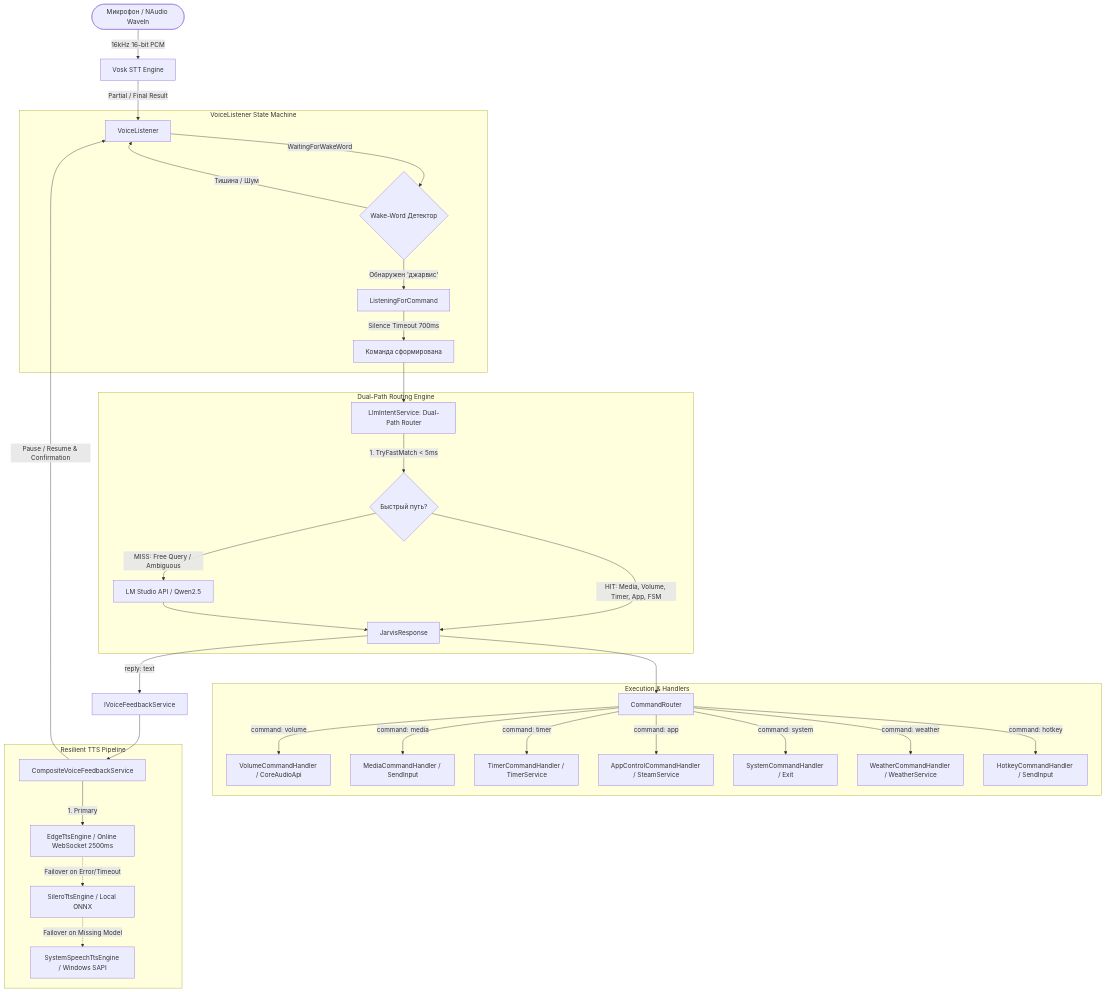
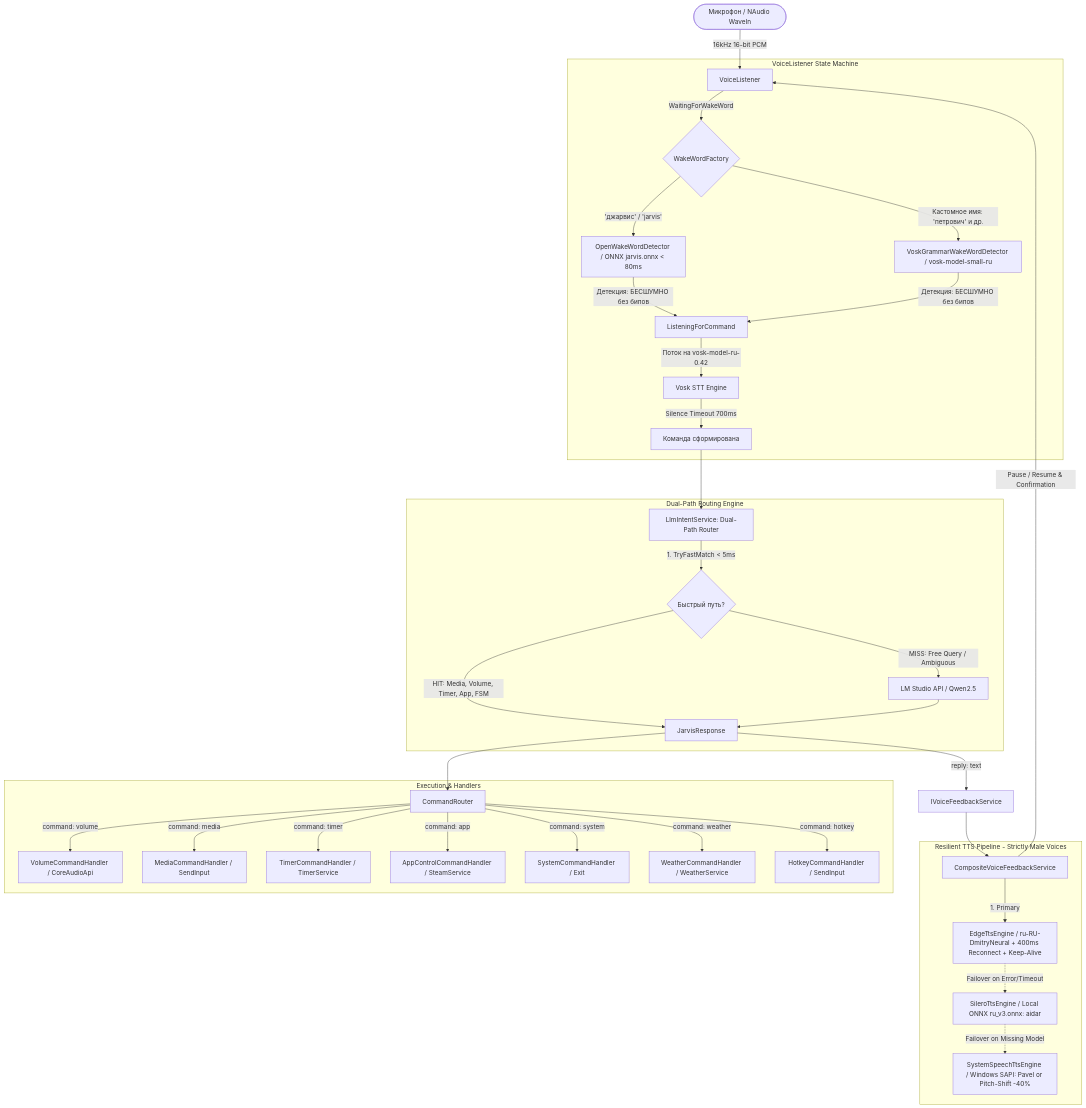
Before and after one commit to SamuRush/GemHelper: the first of 2 diagrams in ARCHITECTURE.md, drawn with Mermaid. The commit also changed other lines of this file and 14 other files, not shown here.

Commit message:
feat: implement adaptive wake-word, Silero ONNX auto-download and male-only TTS pipeline

````diff
--- a/ARCHITECTURE.md
+++ b/ARCHITECTURE.md
@@ -11,43 +11,46 @@
 ```mermaid
 flowchart TD
-    MIC([Микрофон / NAudio WaveIn]) -->|16kHz 16-bit PCM| VOSK[Vosk STT Engine]
-    VOSK -->|Partial / Final Result| VL[VoiceListener]
+    MIC([Микрофон / NAudio WaveIn]) -->|16kHz 16-bit PCM| VL[VoiceListener]
     
     subgraph VoiceListener_FSM [VoiceListener State Machine]
-        VL -->|WaitingForWakeWord| WW{Wake-Word Детектор}
-        WW -->|Обнаружен 'джарвис'| ACL[ListeningForCommand]
-        WW -->|Тишина / Шум| VL
-        ACL -->|Silence Timeout 700ms| CMD_READY[Команда сформирована]
+        VL -->|WaitingForWakeWord| WWF{WakeWordFactory}
+        WWF -->|'джарвис' / 'jarvis'| ONNX_WW[OpenWakeWordDetector / ONNX jarvis.onnx < 80ms]
+        WWF -->|Кастомное имя: 'петрович' и др.| VOSK_WW[VoskGrammarWakeWordDetector / vosk-model-small-ru]
+        
+        ONNX_WW -->|Детекция: БЕСШУМНО без бипов| ACL[ListeningForCommand]
+        VOSK_WW -->|Детекция: БЕСШУМНО без бипов| ACL
+        ACL -->|Поток на vosk-model-ru-0.42| VOSK[Vosk STT Engine]
+        VOSK -->|Silence Timeout 700ms| CMD_READY[Команда сформирована]
     end
 
     CMD_READY --> DUAL_PATH[LlmIntentService: Dual-Path Router]
 
     subgraph Routing_Engine [Dual-Path Routing Engine]
         DUAL_PATH -->|1. TryFastMatch < 5ms| FAST{Быстрый путь?}
         FAST -->|HIT: Media, Volume, Timer, App, FSM| DIRECT_RESP[JarvisResponse]
         FAST -->|MISS: Free Query / Ambiguous| LLM_CALL[LM Studio API / Qwen2.5]
         LLM_CALL --> DIRECT_RESP
     end
 
     DIRECT_RESP --> ROUTER[CommandRouter]
     
     subgraph Execution_Layer [Execution & Handlers]
         ROUTER -->|command: volume| VOL_H[VolumeCommandHandler / CoreAudioApi]
         ROUTER -->|command: media| MED_H[MediaCommandHandler / SendInput]
         ROUTER -->|command: timer| TIM_H[TimerCommandHandler / TimerService]
         ROUTER -->|command: app| APP_H[AppControlCommandHandler / SteamService]
         ROUTER -->|command: system| SYS_H[SystemCommandHandler / Exit]
         ROUTER -->|command: weather| WTH_H[WeatherCommandHandler / WeatherService]
         ROUTER -->|command: hotkey| HTK_H[HotkeyCommandHandler / SendInput]
     end
 
     DIRECT_RESP -->|reply: text| VFS[IVoiceFeedbackService]
     VFS --> TTS[CompositeVoiceFeedbackService]
 
-    subgraph TTS_Pipeline [Resilient TTS Pipeline]
-        TTS -->|1. Primary| EDGE[EdgeTtsEngine / Online WebSocket 2500ms]
-        EDGE -.->|Failover on Error/Timeout| SILERO[SileroTtsEngine / Local ONNX]
-        SILERO -.->|Failover on Missing Model| SAPI[SystemSpeechTtsEngine / Windows SAPI]
+    subgraph TTS_Pipeline [Resilient TTS Pipeline - Strictly Male Voices]
+        TTS -->|1. Primary| EDGE[EdgeTtsEngine / ru-RU-DmitryNeural + 400ms Reconnect + Keep-Alive]
+        EDGE -.->|Failover on Error/Timeout| SILERO[SileroTtsEngine / Local ONNX ru_v3.onnx: aidar]
+        SILERO -.->|Failover on Missing Model| SAPI[SystemSpeechTtsEngine / Windows SAPI: Pavel or Pitch-Shift -40%]
         TTS -->|Pause / Resume & Confirmation| VL
     end
 ```
````
